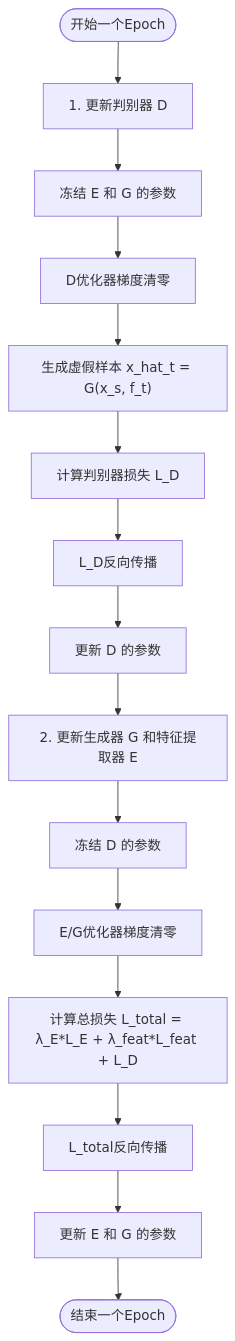
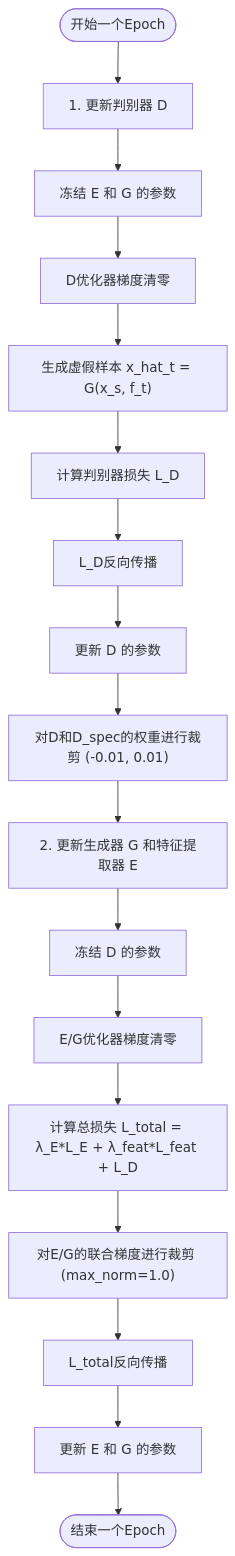
One commit to Opao-heng/CSI changed the first of 2 diagrams in .qoder/repowiki/zh/content/生成对抗网络（GAN）模型/训练流程.md. Above: the diagram before and after it, drawn with Mermaid. The commit also changed other lines of this file and 35 other files, not shown here.

````diff
--- a/.qoder/repowiki/zh/content/生成对抗网络（GAN）模型/训练流程.md
+++ b/.qoder/repowiki/zh/content/生成对抗网络（GAN）模型/训练流程.md
@@ -53,17 +56,19 @@
 ```mermaid
 flowchart TD
 Start([开始一个Epoch]) --> Step1["1. 更新判别器 D"]
 Step1 --> FreezeEG["冻结 E 和 G 的参数"]
 FreezeEG --> ZeroGradD["D优化器梯度清零"]
 ZeroGradD --> GenFake["生成虚假样本 x_hat_t = G(x_s, f_t)"]
 GenFake --> ComputeLD["计算判别器损失 L_D"]
 ComputeLD --> BackwardLD["L_D反向传播"]
 BackwardLD --> UpdateD["更新 D 的参数"]
-UpdateD --> Step2["2. 更新生成器 G 和特征提取器 E"]
+UpdateD --> WeightClip["对D和D_spec的权重进行裁剪 (-0.01, 0.01)"]
+WeightClip --> Step2["2. 更新生成器 G 和特征提取器 E"]
 Step2 --> FreezeD["冻结 D 的参数"]
 FreezeD --> ZeroGradEG["E/G优化器梯度清零"]
 ZeroGradEG --> ComputeLTotal["计算总损失 L_total = λ_E*L_E + λ_feat*L_feat + L_D"]
-ComputeLTotal --> BackwardLTotal["L_total反向传播"]
+ComputeLTotal --> GradClip["对E/G的联合梯度进行裁剪 (max_norm=1.0)"]
+GradClip --> BackwardLTotal["L_total反向传播"]
 BackwardLTotal --> UpdateEG["更新 E 和 G 的参数"]
 UpdateEG --> End([结束一个Epoch])
 ```
````
